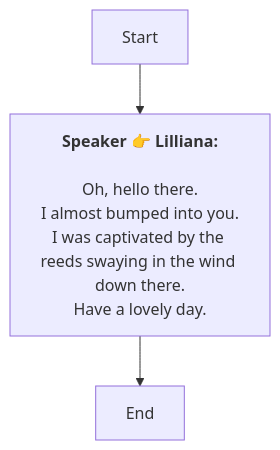
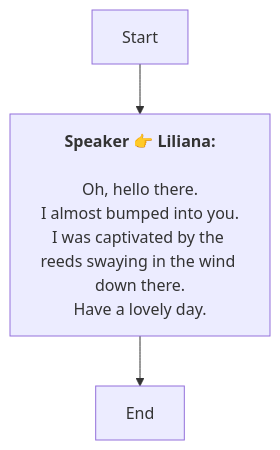
The diagram in En/AddDialogNode_1769061427313724.md (SoftHu/tos_avg), drawn with Mermaid before and after one commit. The commit also changed 737 other files, not shown here.

````diff
--- a/En/AddDialogNode_1769061427313724.md
+++ b/En/AddDialogNode_1769061427313724.md
@@ -1,11 +1,9 @@
 ```mermaid
 graph
-Start -->1769061592472639[<b>Speaker 👉 Lilliana:</b>
-
-Oh, hello there.
-I almost bumped into you.
-I was captivated by the reeds swaying in the wind down there.
+Start -->1769061592472639[<b>Speaker 👉 Liliana:</b>
+\nOh, hello there.
+I almost bumped into you.\nI was captivated by the reeds swaying in the wind down there.
 Have a lovely day. ]
 1769061592472639 -->1769061595825216[End]
 
- ```
+```
````
